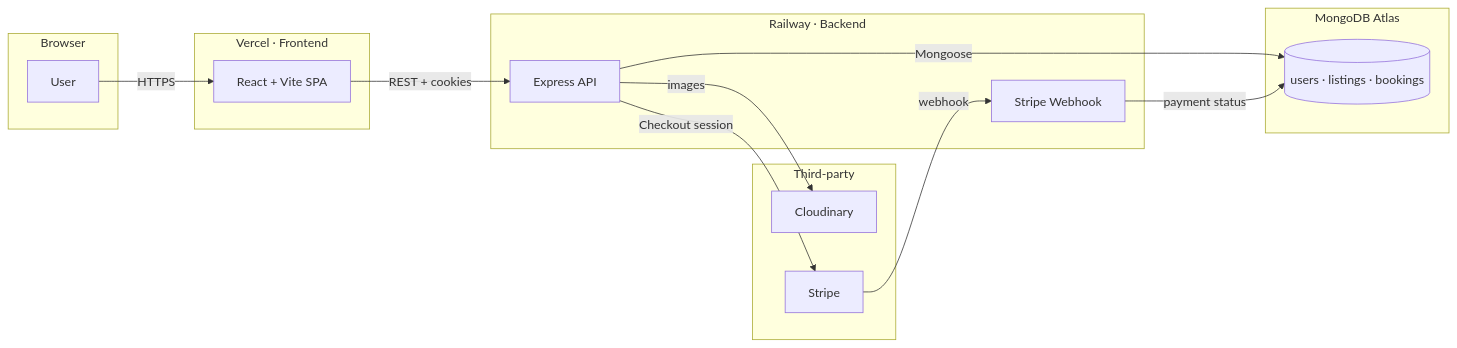
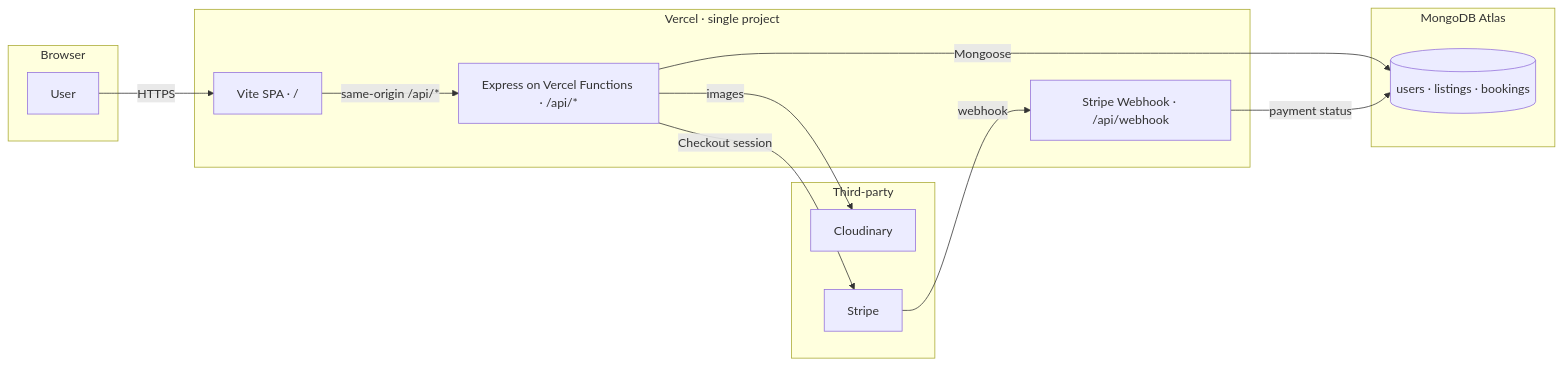
The diagram in README.md (AbhishekRajoria/StayFinder), drawn with Mermaid before and after one commit. The commit also changed other lines of this file and 37 other files, not shown here.

First line of the commit message:
refactor: collapse to single Vercel project — frontend + serverless API on same origin

````diff
--- a/README.md
+++ b/README.md
@@ -42,28 +42,26 @@
 ```mermaid
 flowchart LR
     subgraph Browser
         U[User]
     end
-    subgraph Vercel[Vercel · Frontend]
-        FE[React + Vite SPA]
-    end
-    subgraph Railway[Railway · Backend]
-        API[Express API]
-        WH[Stripe Webhook]
+    subgraph Vercel[Vercel · single project]
+        FE[Vite SPA · /]
+        API[Express on Vercel Functions · /api/*]
+        WH[Stripe Webhook · /api/webhook]
     end
     subgraph Mongo[MongoDB Atlas]
         DB[(users · listings · bookings)]
     end
     subgraph Cloud[Third-party]
         CL[Cloudinary]
         STR[Stripe]
     end
 
     U -->|HTTPS| FE
-    FE -->|REST + cookies| API
+    FE -->|same-origin /api/*| API
     API -->|Mongoose| DB
     API -->|images| CL
     API -->|Checkout session| STR
     STR -->|webhook| WH
     WH -->|payment status| DB
 ```
````
